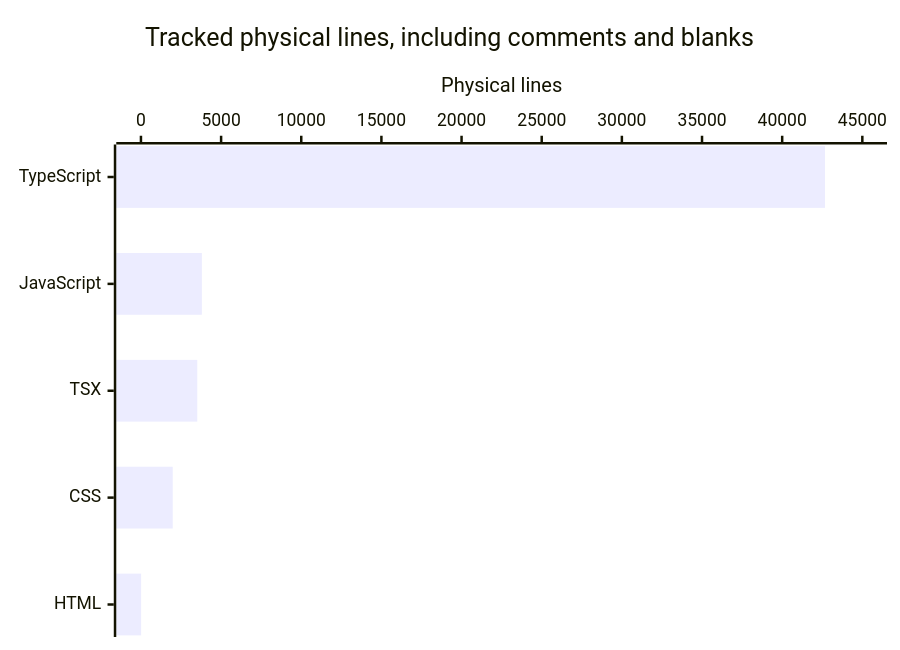
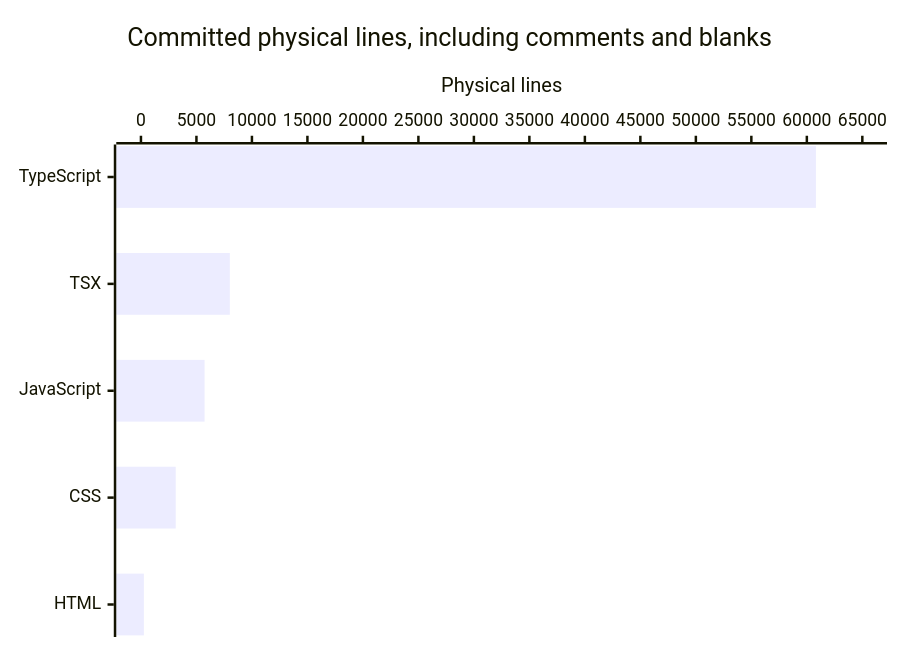
The diagram in droid-wiki/by-the-numbers.md (VeroxAUS/homestream), drawn with Mermaid before and after one commit. The commit also changed other lines of this file and 57 other files, not shown here.

````diff
--- a/droid-wiki/by-the-numbers.md
+++ b/droid-wiki/by-the-numbers.md
@@ -44,7 +44,7 @@
 ```mermaid
 xychart-beta horizontal
-    title "Tracked physical lines, including comments and blanks"
-    x-axis ["TypeScript", "JavaScript", "TSX", "CSS", "HTML"]
-    y-axis "Physical lines" 0 --> 45000
-    bar [42674, 3799, 3513, 1981, 12]
+    title "Committed physical lines, including comments and blanks"
+    x-axis ["TypeScript", "TSX", "JavaScript", "CSS", "HTML"]
+    y-axis "Physical lines" 0 --> 65000
+    bar [60820, 8007, 5734, 3133, 262]
 ```
````
